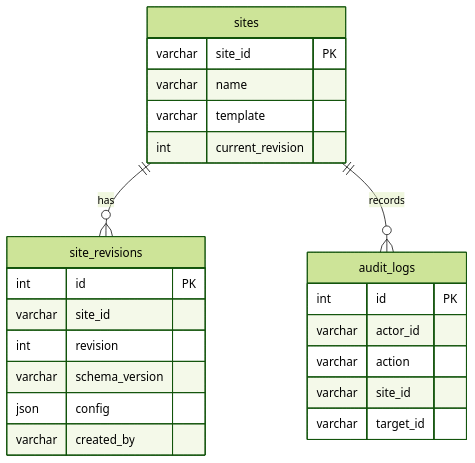
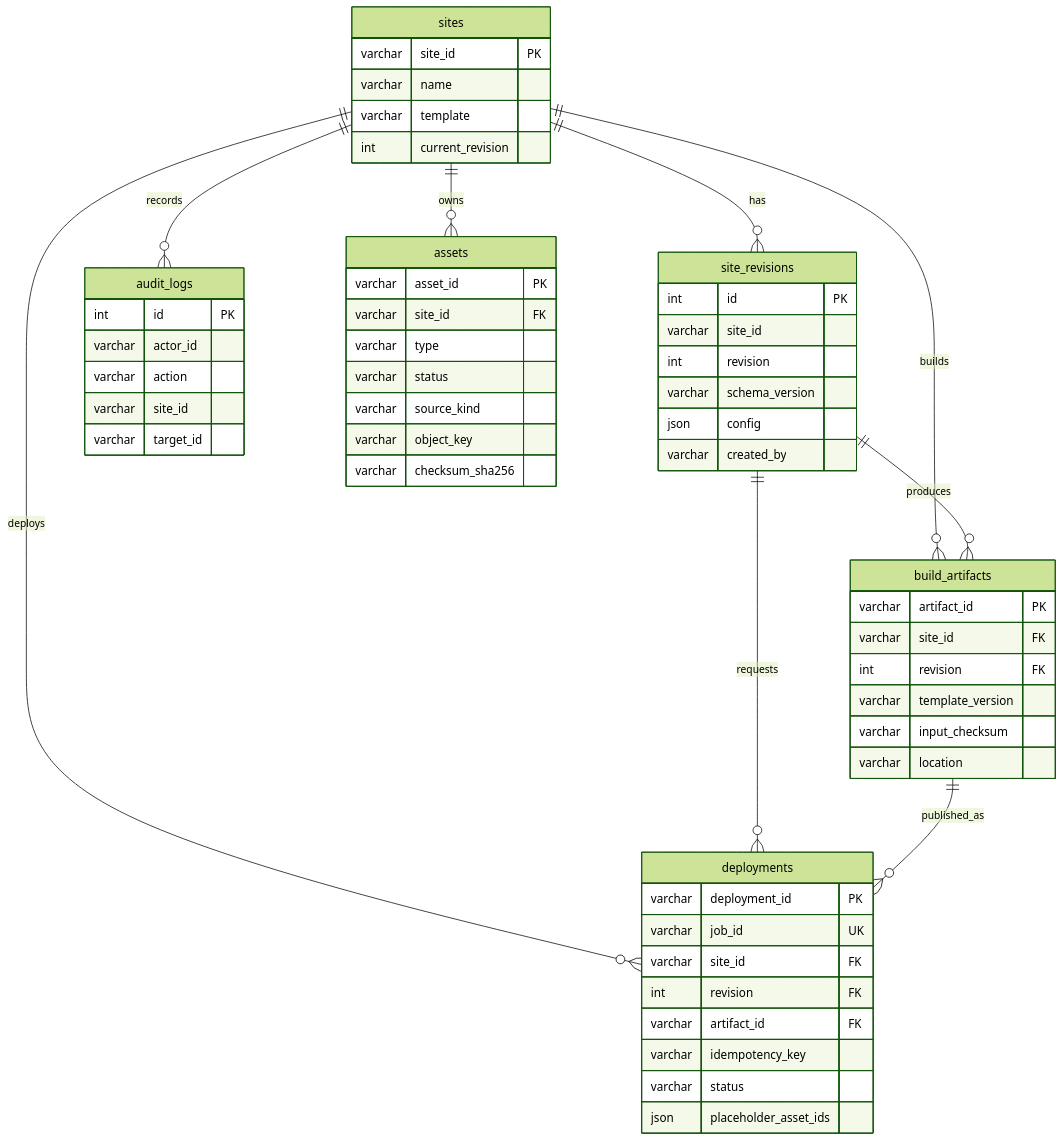
One commit to pdd1996/susite changed the diagram in docs/guides/DATABASE.md. Above: the diagram before and after it, drawn with Mermaid (forest theme). The commit also changed other lines of this file and 35 other files, not shown here.

````diff
--- a/docs/guides/DATABASE.md
+++ b/docs/guides/DATABASE.md
@@ -16,27 +18,60 @@
 ```mermaid
 erDiagram
     sites ||--o{ site_revisions : has
     sites ||--o{ audit_logs : records
+    sites ||--o{ assets : owns
+    sites ||--o{ build_artifacts : builds
+    sites ||--o{ deployments : deploys
+    site_revisions ||--o{ build_artifacts : produces
+    site_revisions ||--o{ deployments : requests
+    build_artifacts ||--o{ deployments : published_as
 
     sites {
         varchar site_id PK
         varchar name
         varchar template
         int current_revision
     }
     site_revisions {
         int id PK
         varchar site_id
         int revision
         varchar schema_version
         json config
         varchar created_by
     }
     audit_logs {
         int id PK
         varchar actor_id
         varchar action
         varchar site_id
         varchar target_id
     }
+    assets {
+        varchar asset_id PK
+        varchar site_id FK
+        varchar type
+        varchar status
+        varchar source_kind
+        varchar object_key
+        varchar checksum_sha256
+    }
+    build_artifacts {
+        varchar artifact_id PK
+        varchar site_id FK
+        int revision FK
+        varchar template_version
+        varchar input_checksum
+        varchar location
+    }
+    deployments {
+        varchar deployment_id PK
+        varchar job_id UK
+        varchar site_id FK
+        int revision FK
+        varchar artifact_id FK
+        varchar idempotency_key
+        varchar status
+        json placeholder_asset_ids
+    }
 ```
````
